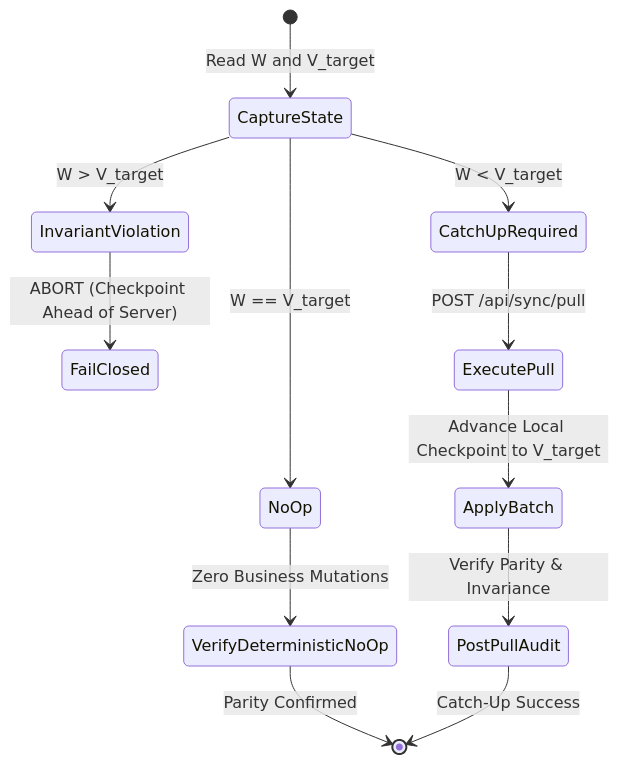
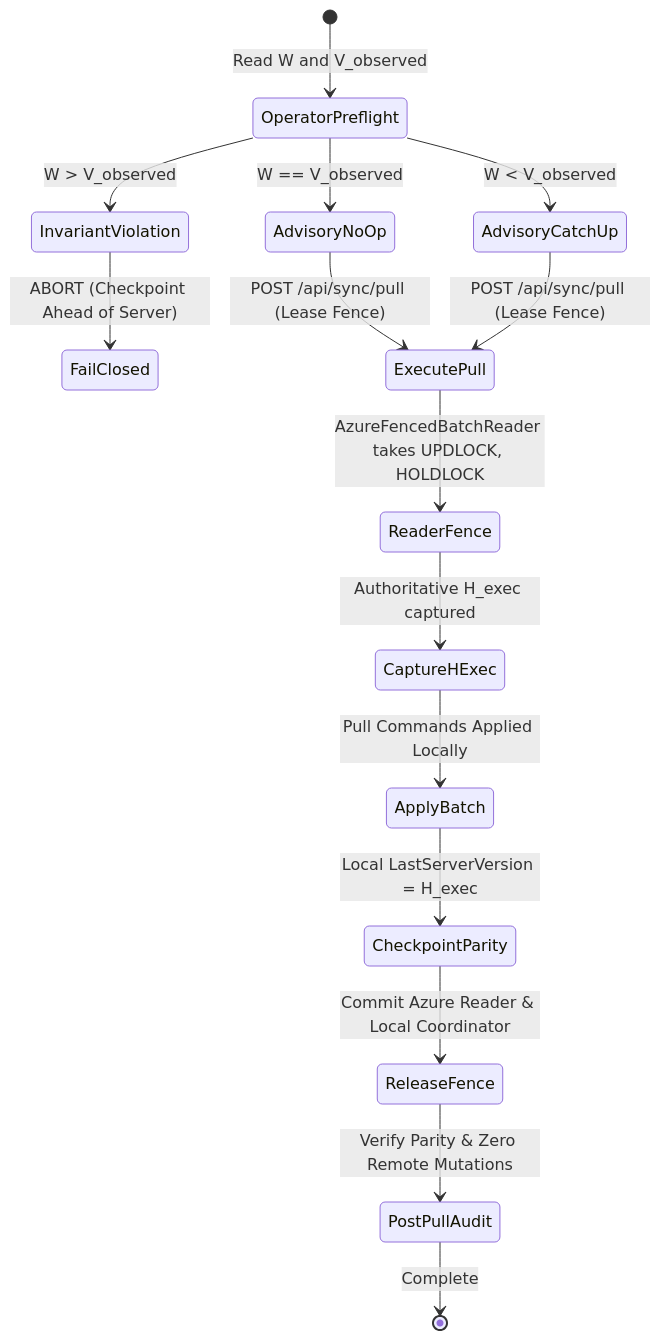
Before and after one commit to AlexandriaDeveloper/IProgram2: the diagram in docs/audit/sync-slice-4-5b/DYNAMIC_CATCHUP_OPERATOR_DESIGN.md, drawn with Mermaid. The commit also changed other lines of this file and 3 other files, not shown here.

Commit message:
fix(sync): address PR #34 review feedback with V_observed/H_exec semantics, deterministic lock proofs, and hardened test assertions

````diff
--- a/docs/audit/sync-slice-4-5b/DYNAMIC_CATCHUP_OPERATOR_DESIGN.md
+++ b/docs/audit/sync-slice-4-5b/DYNAMIC_CATCHUP_OPERATOR_DESIGN.md
@@ -31,16 +42,20 @@
 ```mermaid
 stateDiagram-v2
-    [*] --> CaptureState: Read W and V_target
-    CaptureState --> InvariantViolation: W > V_target
-    CaptureState --> NoOp: W == V_target
-    CaptureState --> CatchUpRequired: W < V_target
+    [*] --> OperatorPreflight: Read W and V_observed
+    OperatorPreflight --> InvariantViolation: W > V_observed
+    OperatorPreflight --> AdvisoryNoOp: W == V_observed
+    OperatorPreflight --> AdvisoryCatchUp: W < V_observed
     
     InvariantViolation --> FailClosed: ABORT (Checkpoint Ahead of Server)
-    NoOp --> VerifyDeterministicNoOp: Zero Business Mutations
-    VerifyDeterministicNoOp --> [*]: Parity Confirmed
     
-    CatchUpRequired --> ExecutePull: POST /api/sync/pull
-    ExecutePull --> ApplyBatch: Advance Local Checkpoint to V_target
-    ApplyBatch --> PostPullAudit: Verify Parity & Invariance
-    PostPullAudit --> [*]: Catch-Up Success
+    AdvisoryNoOp --> ExecutePull: POST /api/sync/pull (Lease Fence)
+    AdvisoryCatchUp --> ExecutePull: POST /api/sync/pull (Lease Fence)
+    
+    ExecutePull --> ReaderFence: AzureFencedBatchReader takes UPDLOCK, HOLDLOCK
+    ReaderFence --> CaptureHExec: Authoritative H_exec captured
+    CaptureHExec --> ApplyBatch: Pull Commands Applied Locally
+    ApplyBatch --> CheckpointParity: Local LastServerVersion = H_exec
+    CheckpointParity --> ReleaseFence: Commit Azure Reader & Local Coordinator
+    ReleaseFence --> PostPullAudit: Verify Parity & Zero Remote Mutations
+    PostPullAudit --> [*]: Complete
 ```
````
